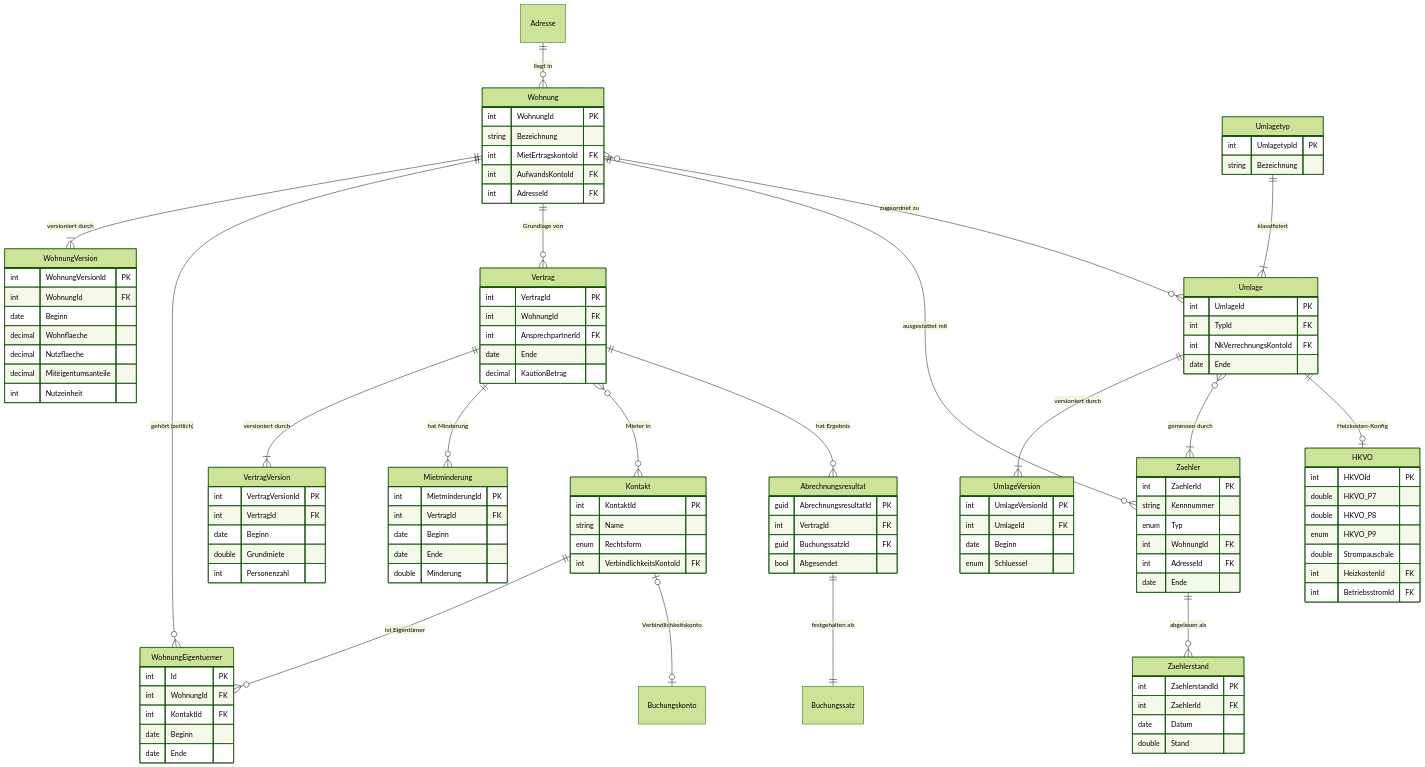
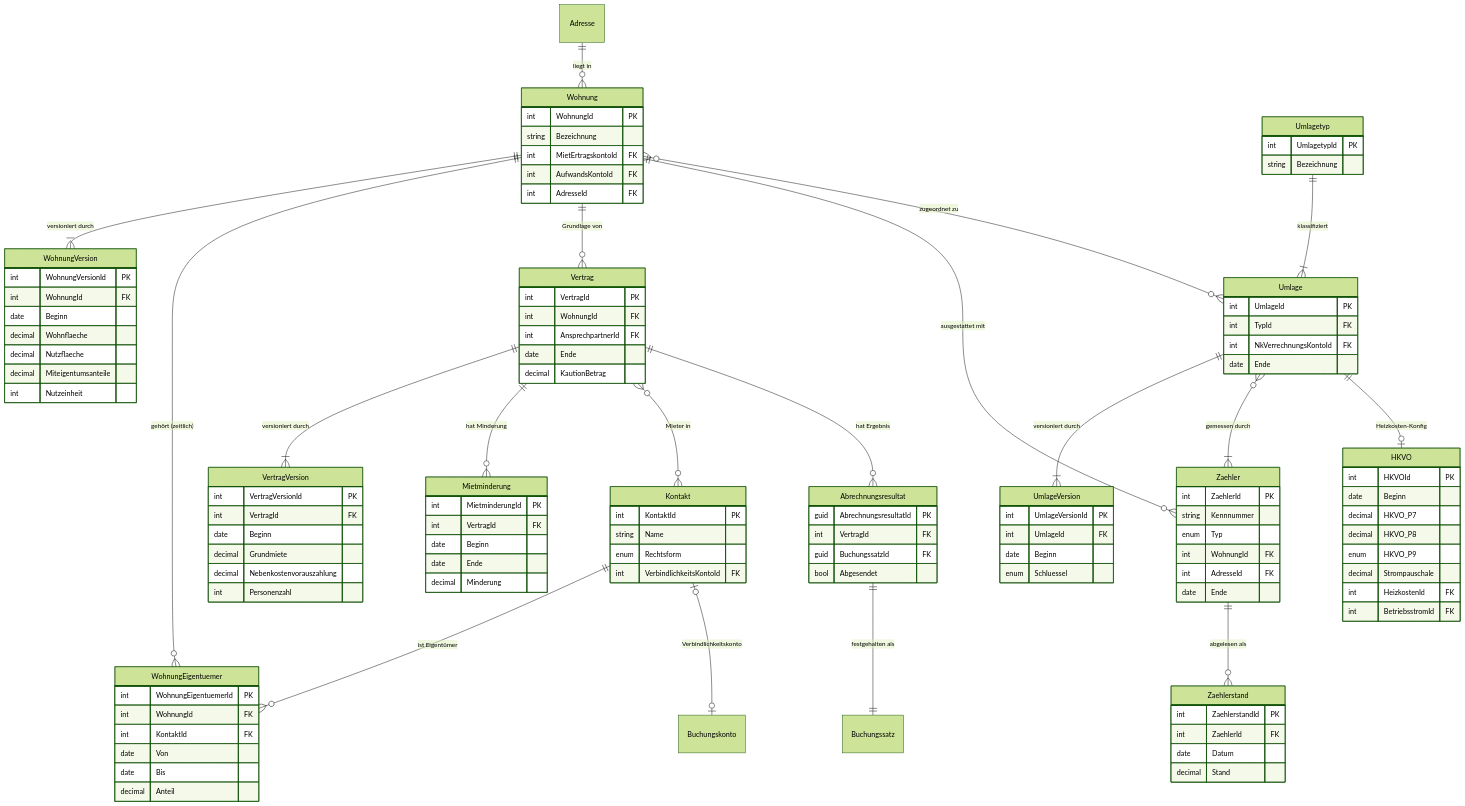
One commit to deeplex/walter changed the second of 2 diagrams in docs/datenmodell.md. Above: the diagram before and after it, drawn with Mermaid (forest theme). The commit also changed other lines of this file and 10 other files, not shown here.

```diff
--- a/docs/datenmodell.md
+++ b/docs/datenmodell.md
@@ -83,11 +83,12 @@
         int     Nutzeinheit
     }
     WohnungEigentuemer {
-        int     Id        PK
+        int     WohnungEigentuemerId PK
         int     WohnungId FK
         int     KontaktId FK
-        date    Beginn
-        date    Ende
+        date    Von
+        date    Bis
+        decimal Anteil
     }
     Vertrag {
         int     VertragId          PK
@@ -100,7 +101,8 @@
         int     VertragVersionId PK
         int     VertragId        FK
         date    Beginn
-        double  Grundmiete
+        decimal Grundmiete
+        decimal Nebenkostenvorauszahlung
         int     Personenzahl
     }
     Mietminderung {
@@ -108,7 +110,7 @@
         int     VertragId       FK
         date    Beginn
         date    Ende
-        double  Minderung
+        decimal Minderung
     }
     Umlage {
         int     UmlageId          PK
@@ -128,10 +130,11 @@
     }
     HKVO {
         int     HKVOId        PK
-        double  HKVO_P7
-        double  HKVO_P8
+        date    Beginn
+        decimal HKVO_P7
+        decimal HKVO_P8
         enum    HKVO_P9
-        double  Strompauschale
+        decimal Strompauschale
         int     HeizkostenId  FK
         int     BetriebsstromId FK
     }
@@ -147,7 +150,7 @@
         int     ZaehlerstandId PK
         int     ZaehlerId      FK
         date    Datum
-        double  Stand
+        decimal Stand
     }
     Abrechnungsresultat {
         guid    AbrechnungsresultatId PK
```
